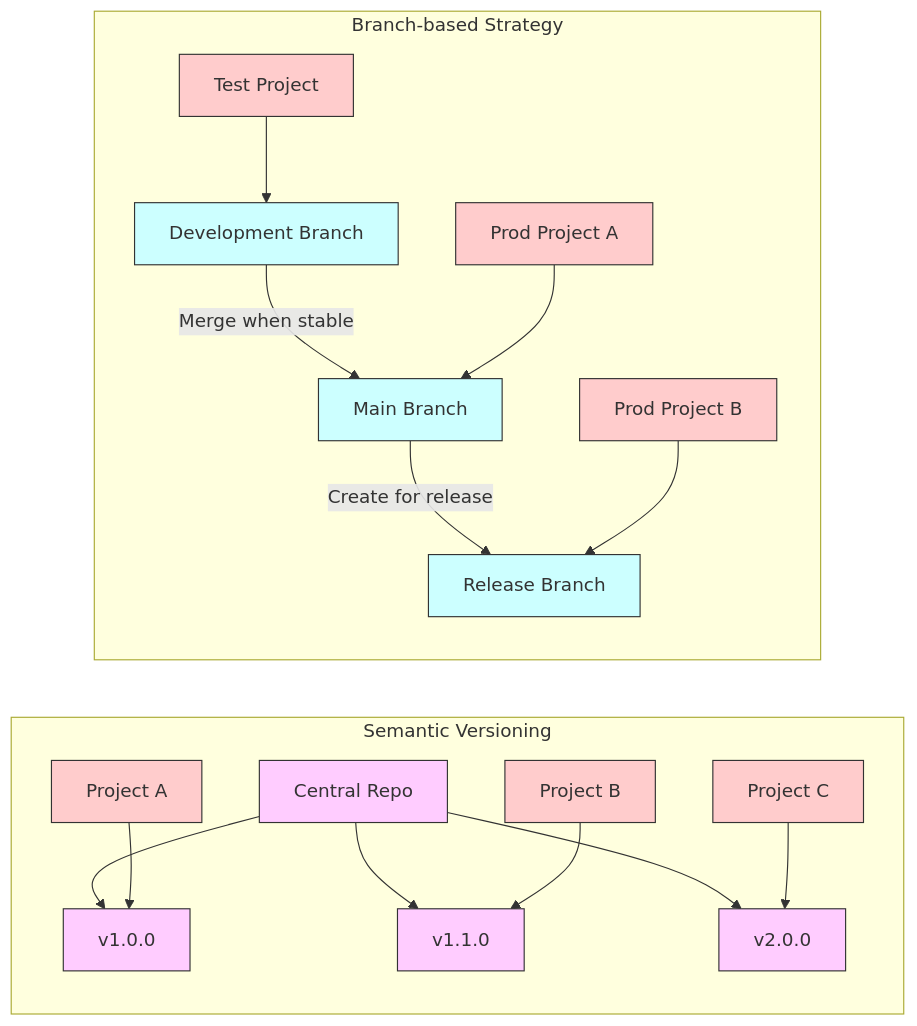
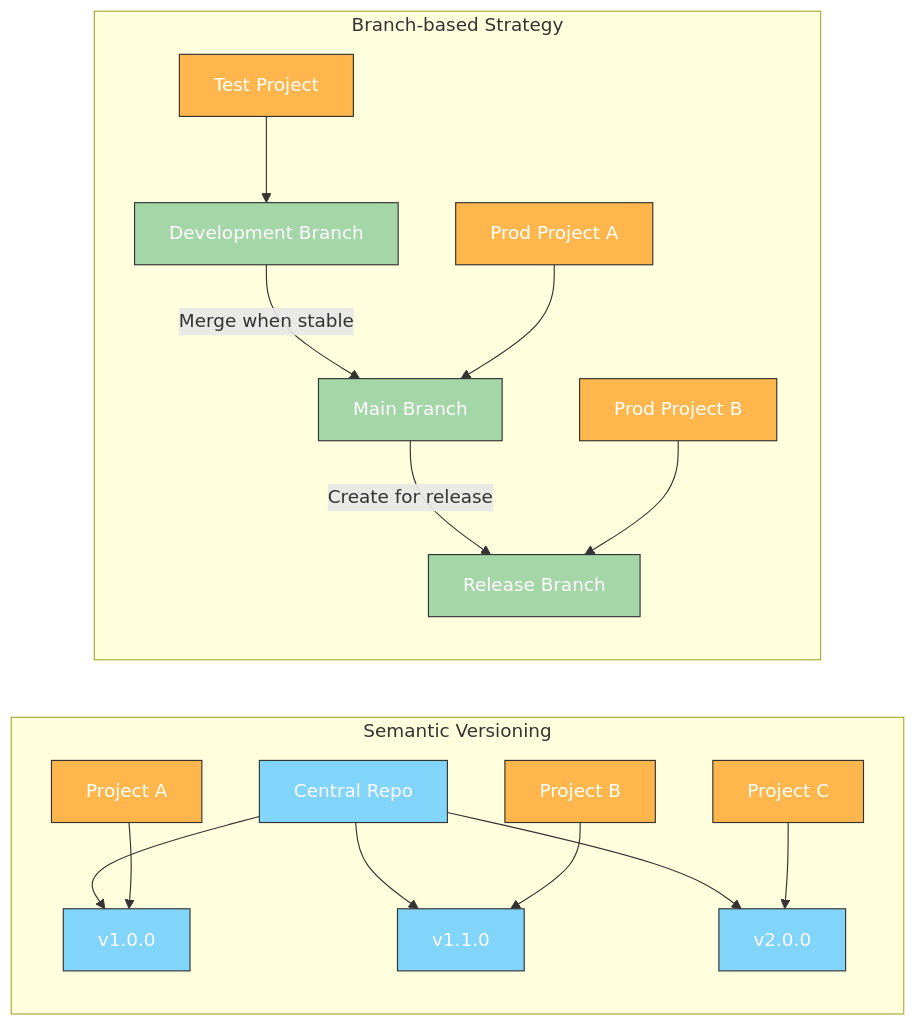
Before and after one commit to tw3lveparsecs/tw3lveparsecs.github.io: the seventh of 8 diagrams in _posts/2025-03-31-azure-iac-devops-series-central-pipelines.md, drawn with Mermaid. The commit also changed other lines of this file, not shown here.

````diff
--- a/_posts/2025-03-31-azure-iac-devops-series-central-pipelines.md
+++ b/_posts/2025-03-31-azure-iac-devops-series-central-pipelines.md
@@ -404,32 +415,32 @@
 ```mermaid
 graph LR
-    subgraph "Semantic Versioning"
-        V["Central Repo"] --> V1["v1.0.0"]
-        V --> V11["v1.1.0"]
-        V --> V2["v2.0.0"]
+  subgraph "Semantic Versioning"
+    V["Central Repo"] --> V1["v1.0.0"]
+    V --> V11["v1.1.0"]
+    V --> V2["v2.0.0"]
 
-        P1["Project A"] --> V1
-        P2["Project B"] --> V11
-        P3["Project C"] --> V2
-    end
+    P1["Project A"] --> V1
+    P2["Project B"] --> V11
+    P3["Project C"] --> V2
+  end
 
-    subgraph "Branch-based Strategy"
-        M["Main Branch"]
-        D["Development Branch"]
-        R["Release Branch"]
+  subgraph "Branch-based Strategy"
+    M["Main Branch"]
+    D["Development Branch"]
+    R["Release Branch"]
 
-        D --> |"Merge when stable"| M
-        M --> |"Create for release"| R
+    D --> |"Merge when stable"| M
+    M --> |"Create for release"| R
 
-        PD["Test Project"] --> D
-        PM["Prod Project A"] --> M
-        PR["Prod Project B"] --> R
-    end
+    PD["Test Project"] --> D
+    PM["Prod Project A"] --> M
+    PR["Prod Project B"] --> R
+  end
 
-    classDef version fill:#fcf,stroke:#333,stroke-width:1px
-    classDef branch fill:#cff,stroke:#333,stroke-width:1px
-    classDef project fill:#fcc,stroke:#333,stroke-width:1px
-    class V,V1,V11,V2 version
-    class M,D,R branch
-    class P1,P2,P3,PD,PM,PR project
+  classDef version fill:#81D4FA,color:#fff,stroke:#333,stroke-width:1px
+  classDef branch fill:#A5D6A7,color:#fff,stroke:#333,stroke-width:1px
+  classDef project fill:#FFB74D,color:#fff,stroke:#333,stroke-width:1px
+  class V,V1,V11,V2 version
+  class M,D,R branch
+  class P1,P2,P3,PD,PM,PR project
 ```
````
